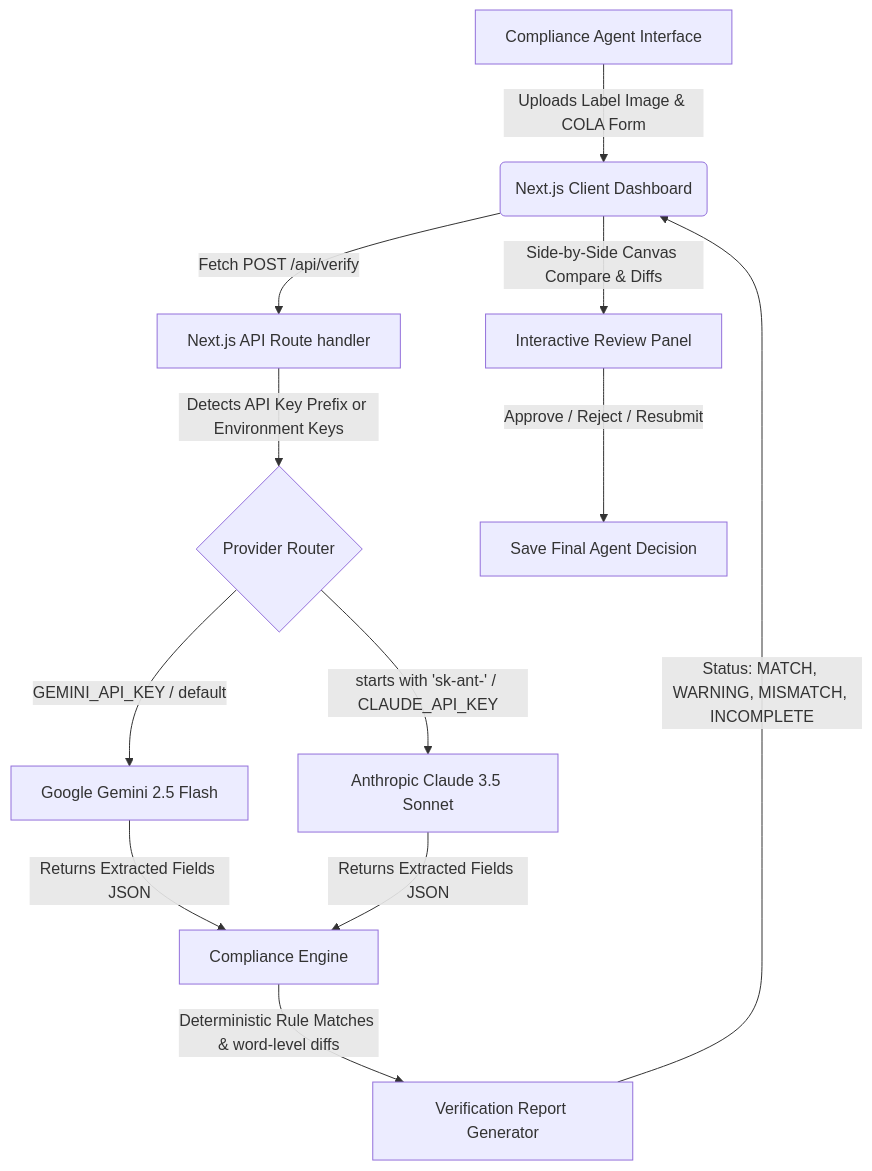
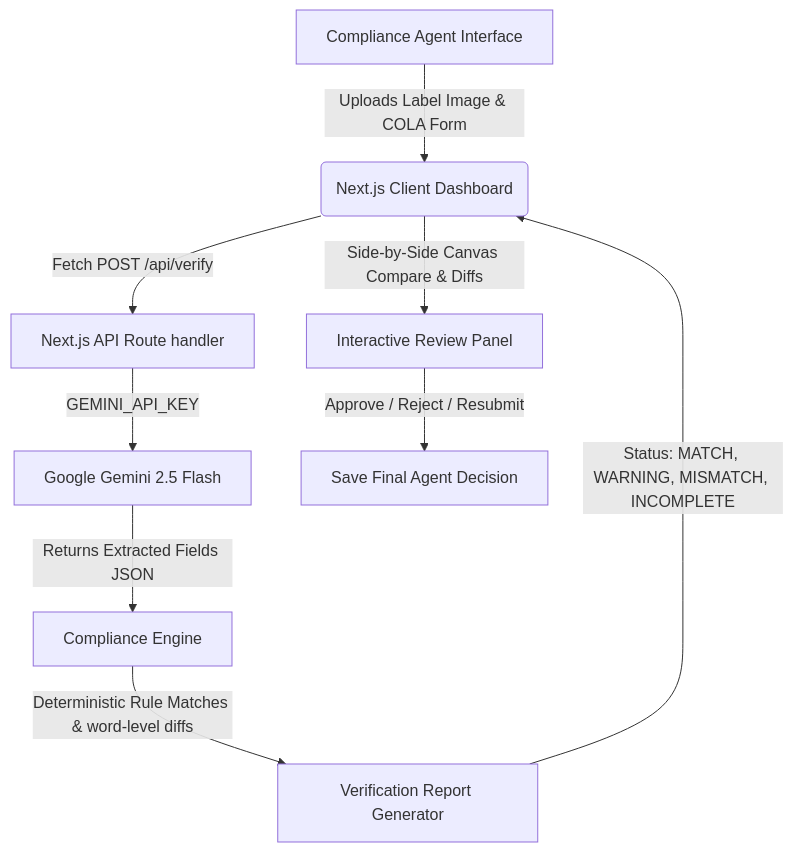
One commit to Duraman3444/TreasuryTakeHomeExam changed the diagram in README.md. Above: the diagram before and after it, drawn with Mermaid. The commit also changed other lines of this file and 4 other files, not shown here.

First line of the commit message:
Docs: remove all Anthropic Claude / dual-provider mentions (Gemini-only)

````diff
--- a/README.md
+++ b/README.md
@@ -18,19 +18,15 @@
 ```mermaid
 graph TD
     A[Compliance Agent Interface] -->|Uploads Label Image & COLA Form| B(Next.js Client Dashboard)
     B -->|Fetch POST /api/verify| C[Next.js API Route handler]
     
-    C -->|Detects API Key Prefix or Environment Keys| D{Provider Router}
-    
-    D -->|GEMINI_API_KEY / default| E[Google Gemini 2.5 Flash]
-    D -->|starts with 'sk-ant-' / CLAUDE_API_KEY| F[Anthropic Claude 3.5 Sonnet]
+    C -->|GEMINI_API_KEY| E[Google Gemini 2.5 Flash]
     
     E -->|Returns Extracted Fields JSON| G[Compliance Engine]
-    F -->|Returns Extracted Fields JSON| G
     
     G -->|Deterministic Rule Matches & word-level diffs| H[Verification Report Generator]
     H -->|Status: MATCH, WARNING, MISMATCH, INCOMPLETE| B
     
     B -->|Side-by-Side Canvas Compare & Diffs| I[Interactive Review Panel]
     I -->|Approve / Reject / Resubmit| J[Save Final Agent Decision]
 ```
````
